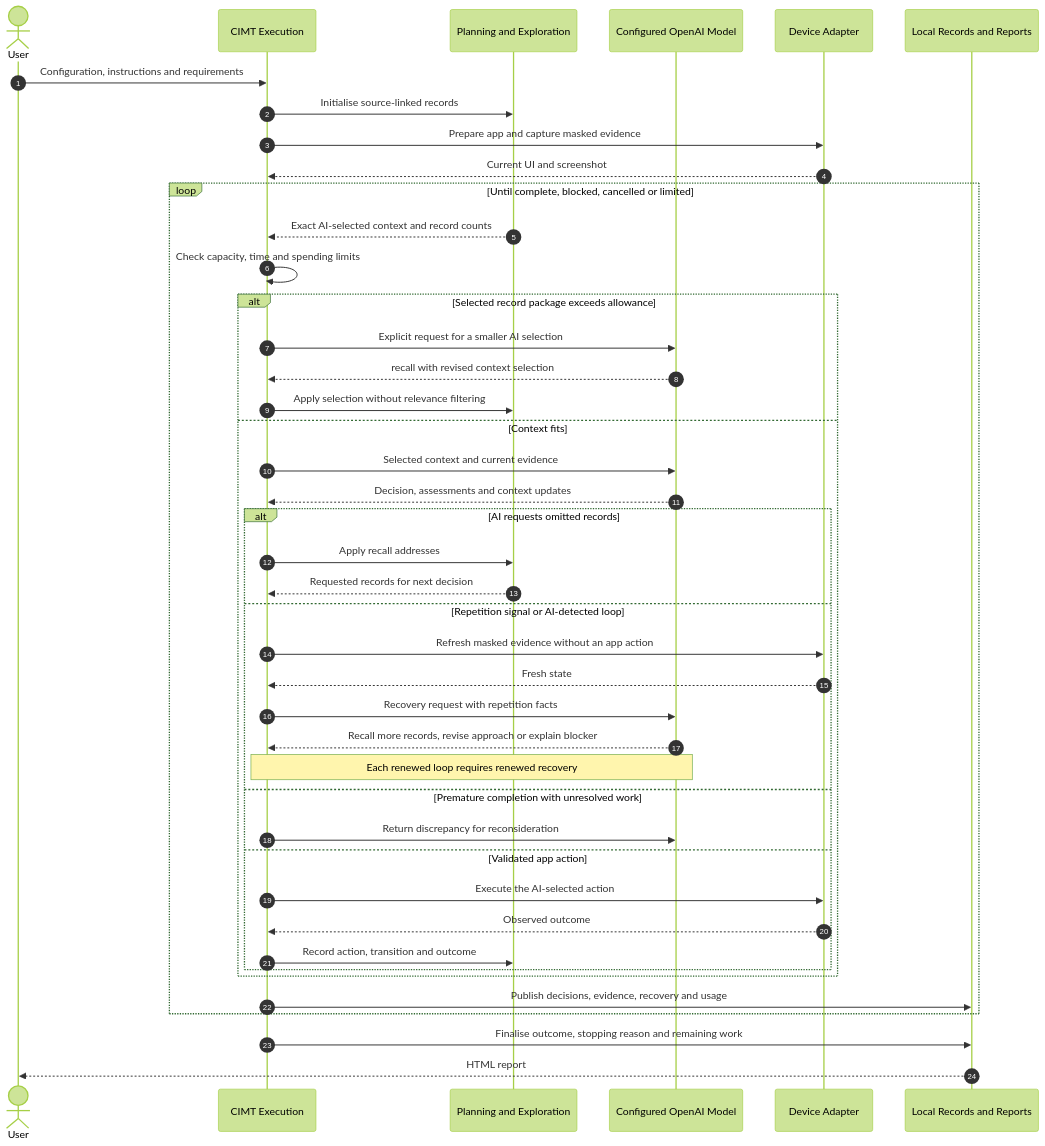
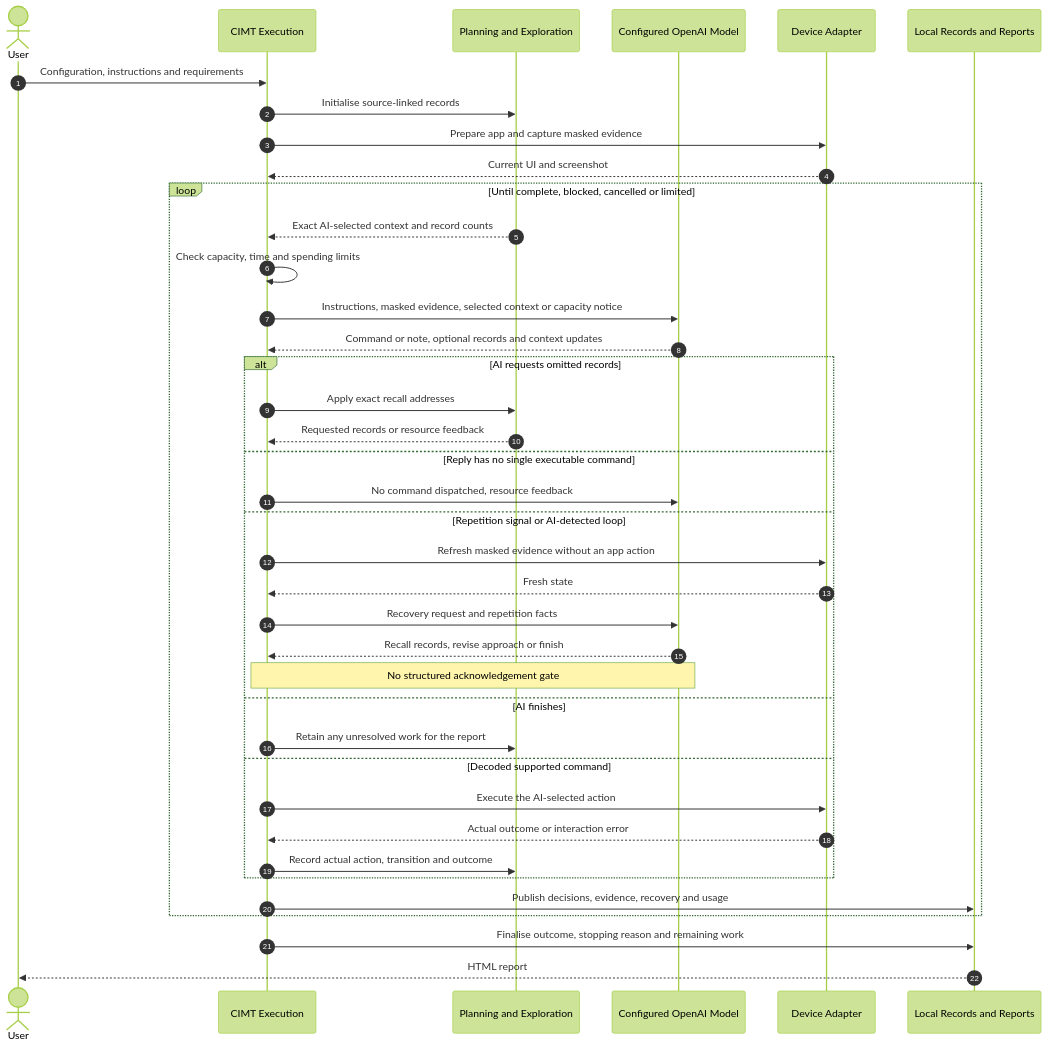
One commit to Richard032/CIMT changed the diagram in docs/ai-context-and-recovery.md. Above: the diagram before and after it, drawn with Mermaid (forest theme). The commit also changed other lines of this file and 39 other files, not shown here.

Commit message:
Remove AI response evaluation and provide resource feedback

````diff
--- a/docs/ai-context-and-recovery.md
+++ b/docs/ai-context-and-recovery.md
@@ -78,47 +80,43 @@
 ```mermaid
 sequenceDiagram
     autonumber
     actor User
     participant Run as CIMT Execution
     participant Memory as Planning and Exploration
     participant AI as Configured OpenAI Model
     participant Device as Device Adapter
     participant Report as Local Records and Reports
 
     User->>Run: Configuration, instructions and requirements
     Run->>Memory: Initialise source-linked records
     Run->>Device: Prepare app and capture masked evidence
     Device-->>Run: Current UI and screenshot
 
     loop Until complete, blocked, cancelled or limited
         Memory-->>Run: Exact AI-selected context and record counts
         Run->>Run: Check capacity, time and spending limits
-        alt Selected record package exceeds allowance
-            Run->>AI: Explicit request for a smaller AI selection
-            AI-->>Run: recall with revised context selection
-            Run->>Memory: Apply selection without relevance filtering
-        else Context fits
-            Run->>AI: Selected context and current evidence
-            AI-->>Run: Decision, assessments and context updates
-            alt AI requests omitted records
-                Run->>Memory: Apply recall addresses
-                Memory-->>Run: Requested records for next decision
-            else Repetition signal or AI-detected loop
-                Run->>Device: Refresh masked evidence without an app action
-                Device-->>Run: Fresh state
-                Run->>AI: Recovery request with repetition facts
-                AI-->>Run: Recall more records, revise approach or explain blocker
-                Note over Run,AI: Each renewed loop requires renewed recovery
-            else Premature completion with unresolved work
-                Run->>AI: Return discrepancy for reconsideration
-            else Validated app action
-                Run->>Device: Execute the AI-selected action
-                Device-->>Run: Observed outcome
-                Run->>Memory: Record action, transition and outcome
-            end
+        Run->>AI: Instructions, masked evidence, selected context or capacity notice
+        AI-->>Run: Command or note, optional records and context updates
+        alt AI requests omitted records
+            Run->>Memory: Apply exact recall addresses
+            Memory-->>Run: Requested records or resource feedback
+        else Reply has no single executable command
+            Run->>AI: No command dispatched, resource feedback
+        else Repetition signal or AI-detected loop
+            Run->>Device: Refresh masked evidence without an app action
+            Device-->>Run: Fresh state
+            Run->>AI: Recovery request and repetition facts
+            AI-->>Run: Recall records, revise approach or finish
+            Note over Run,AI: No structured acknowledgement gate
+        else AI finishes
+            Run->>Memory: Retain any unresolved work for the report
+        else Decoded supported command
+            Run->>Device: Execute the AI-selected action
+            Device-->>Run: Actual outcome or interaction error
+            Run->>Memory: Record actual action, transition and outcome
         end
         Run->>Report: Publish decisions, evidence, recovery and usage
     end
     Run->>Report: Finalise outcome, stopping reason and remaining work
     Report-->>User: HTML report
 ```
````
